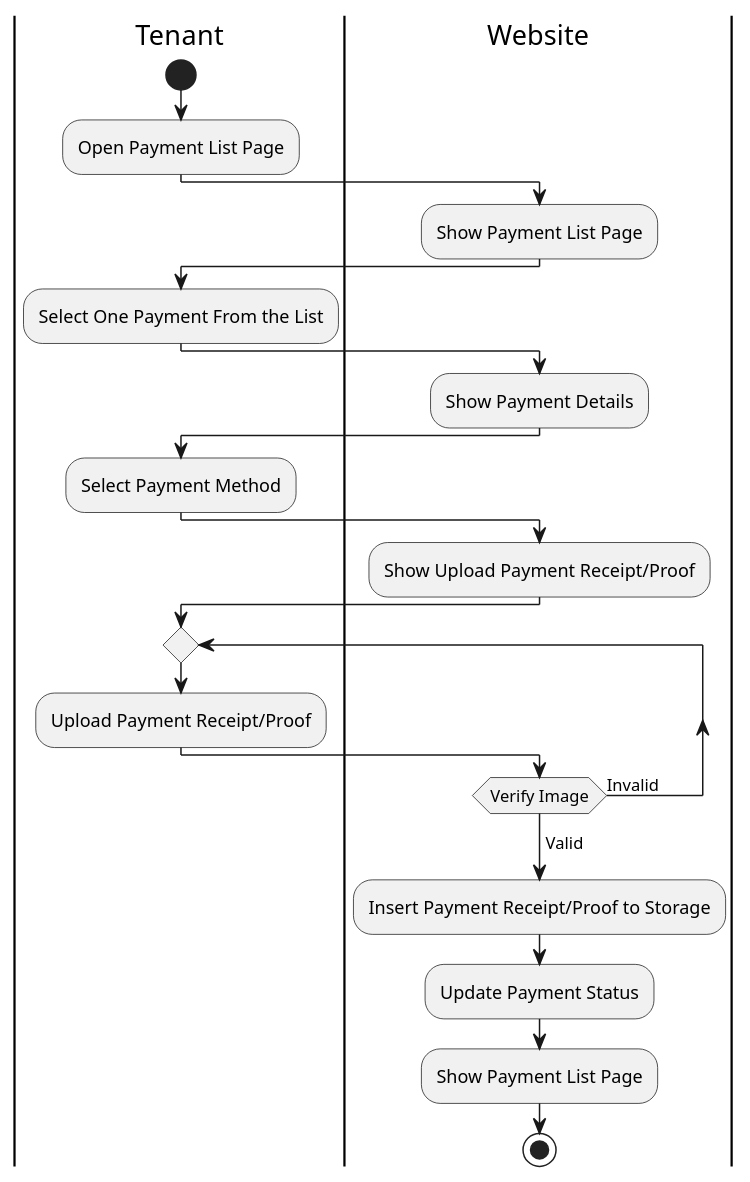
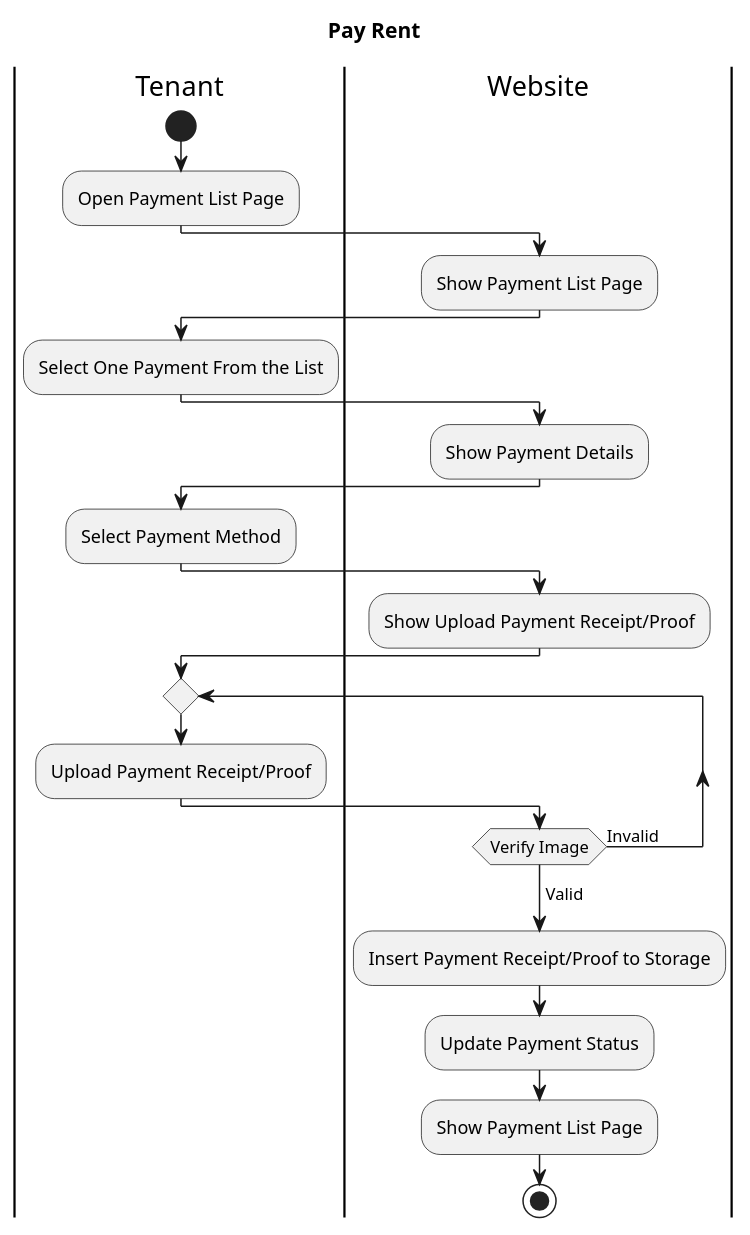
Before and after one commit to AntWort21/BHFMS: the diagram in Design/BHFMS_ACTIVITY/Tenant/Pay Rent v2.puml, drawn with PlantUML. The commit also changed 23 other files, not shown here.

```diff
--- a/Design/BHFMS_ACTIVITY/Tenant/Pay Rent v2.puml
+++ b/Design/BHFMS_ACTIVITY/Tenant/Pay Rent v2.puml
@@ -1,32 +1,32 @@
 @startuml
-
+title Pay Rent
 |Tenant|
 start
 :Open Payment List Page;
 
 |Website|
 :Show Payment List Page;
 
 |Tenant|
 :Select One Payment From the List;
 
 |Website|
 :Show Payment Details;
 
 |Tenant|
 :Select Payment Method;
 
 |Website|
 :Show Upload Payment Receipt/Proof;
 
 |Tenant|
 repeat
 :Upload Payment Receipt/Proof;
 |Website|
 repeat while (Verify Image) is (Invalid)
         ->Valid;
     :Insert Payment Receipt/Proof to Storage;
     :Update Payment Status;
     :Show Payment List Page;
 stop
 @enduml
```
